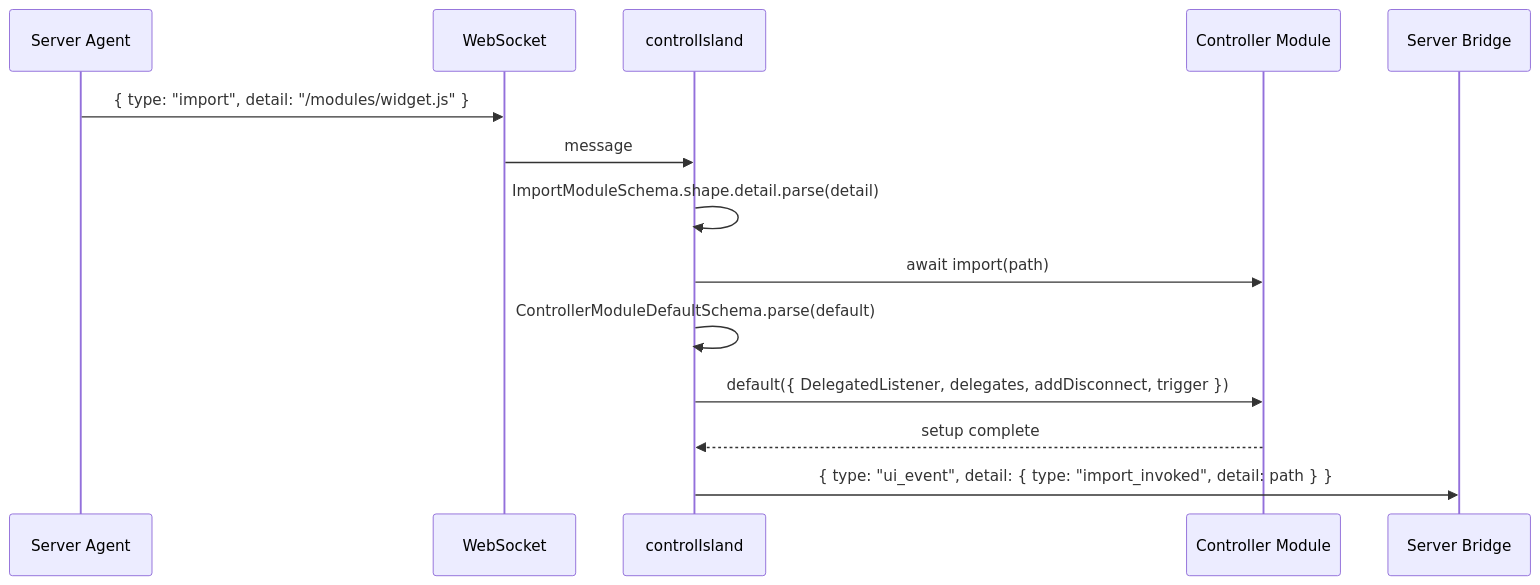
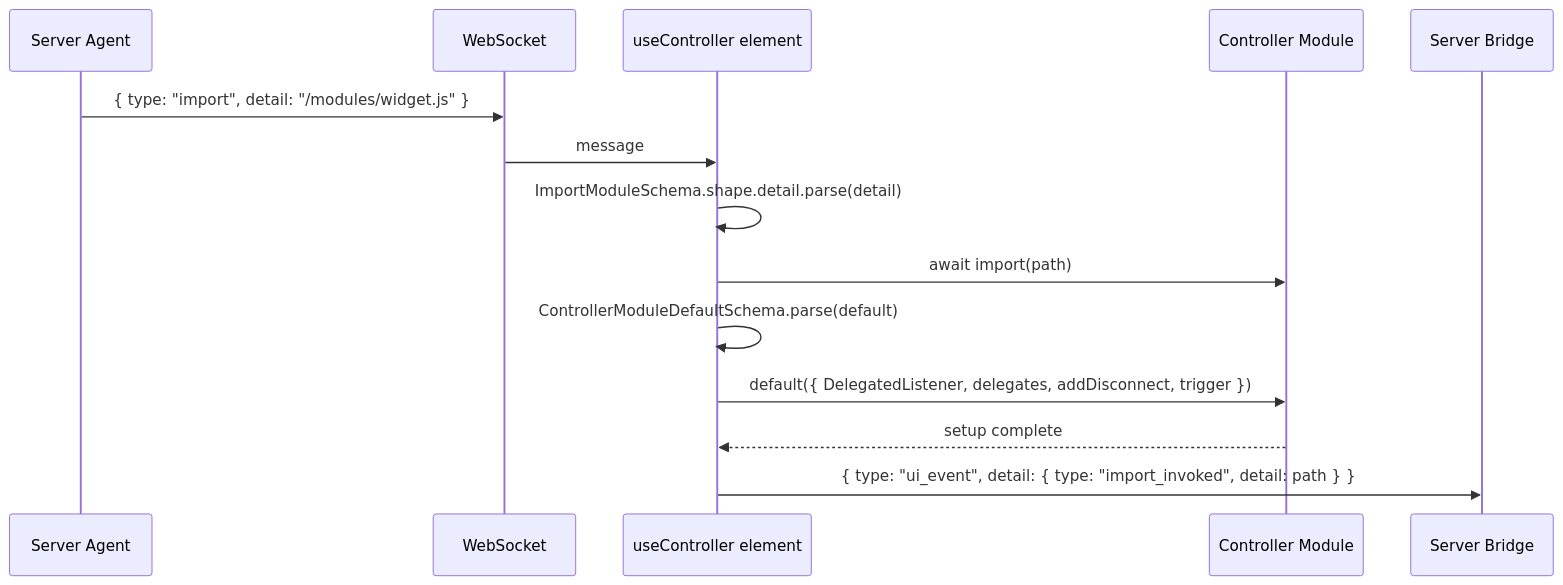
The diagram in skills/plaited-ui/references/controller-modules.md (plaited/plaited), drawn with Mermaid before and after one commit. The commit also changed 28 other files, not shown here.

````diff
--- a/skills/plaited-ui/references/controller-modules.md
+++ b/skills/plaited-ui/references/controller-modules.md
@@ -20,17 +20,17 @@
 ```mermaid
 sequenceDiagram
     participant Agent as Server Agent
     participant WS as WebSocket
-    participant Island as controlIsland
+    participant Controller as useController element
     participant Module as Controller Module
     participant Server as Server Bridge
 
     Agent->>WS: { type: "import", detail: "/modules/widget.js" }
-    WS->>Island: message
-    Island->>Island: ImportModuleSchema.shape.detail.parse(detail)
-    Island->>Module: await import(path)
-    Island->>Island: ControllerModuleDefaultSchema.parse(default)
-    Island->>Module: default({ DelegatedListener, delegates, addDisconnect, trigger })
-    Module-->>Island: setup complete
-    Island->>Server: { type: "ui_event", detail: { type: "import_invoked", detail: path } }
+    WS->>Controller: message
+    Controller->>Controller: ImportModuleSchema.shape.detail.parse(detail)
+    Controller->>Module: await import(path)
+    Controller->>Controller: ControllerModuleDefaultSchema.parse(default)
+    Controller->>Module: default({ DelegatedListener, delegates, addDisconnect, trigger })
+    Module-->>Controller: setup complete
+    Controller->>Server: { type: "ui_event", detail: { type: "import_invoked", detail: path } }
 ```
````
